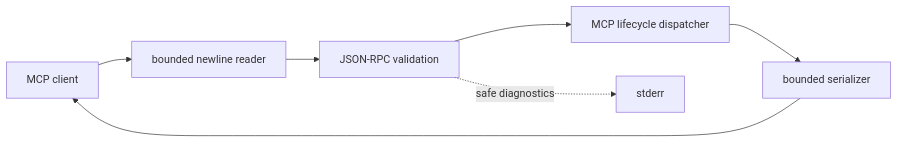
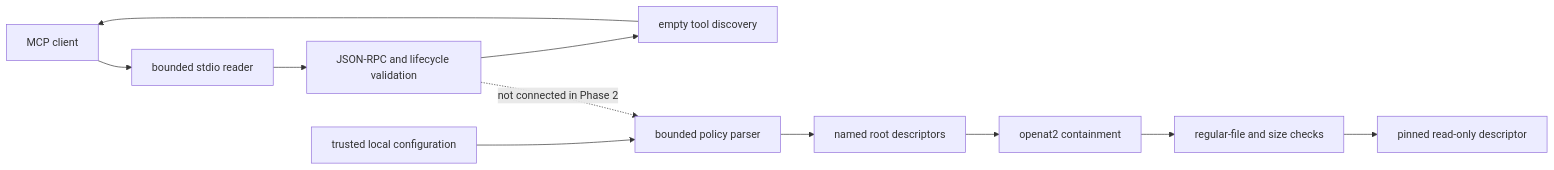
Before and after one commit to kabbersokhi-boop/native-mcp-sandbox: the diagram in README.md, drawn with Mermaid. The commit also changed other lines of this file and 16 other files, not shown here.

````diff
--- a/README.md
+++ b/README.md
@@ -153,9 +148,15 @@
 ```mermaid
 flowchart LR
-    A["MCP client"] --> B["bounded newline reader"]
-    B --> C["JSON-RPC validation"]
-    C --> D["MCP lifecycle dispatcher"]
-    D --> E["bounded serializer"]
-    E --> A
-    C -. "safe diagnostics" .-> F["stderr"]
+    A["MCP client"] --> B["bounded stdio reader"]
+    B --> C["JSON-RPC and lifecycle validation"]
+    C --> D["empty tool discovery"]
+    D --> A
+
+    E["trusted local configuration"] --> F["bounded policy parser"]
+    F --> G["named root descriptors"]
+    G --> H["openat2 containment"]
+    H --> I["regular-file and size checks"]
+    I --> J["pinned read-only descriptor"]
+
+    C -. "not connected in Phase 2" .-> F
 ```
````
